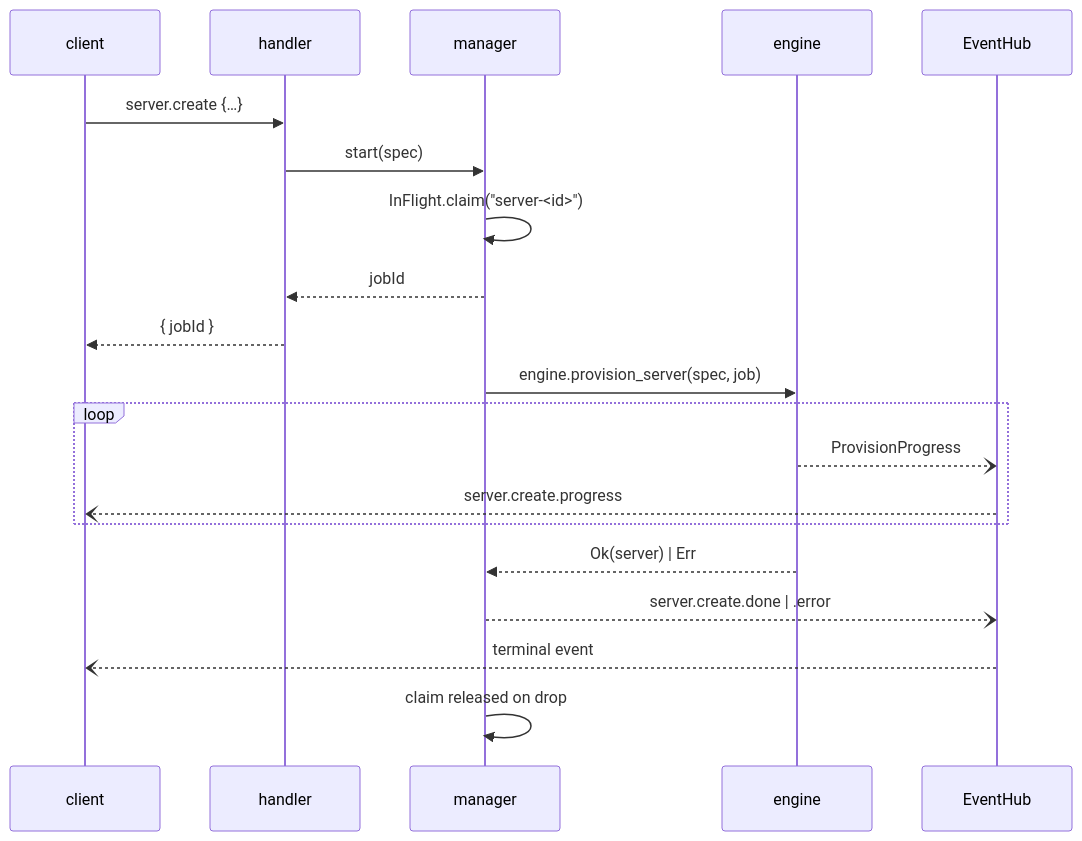
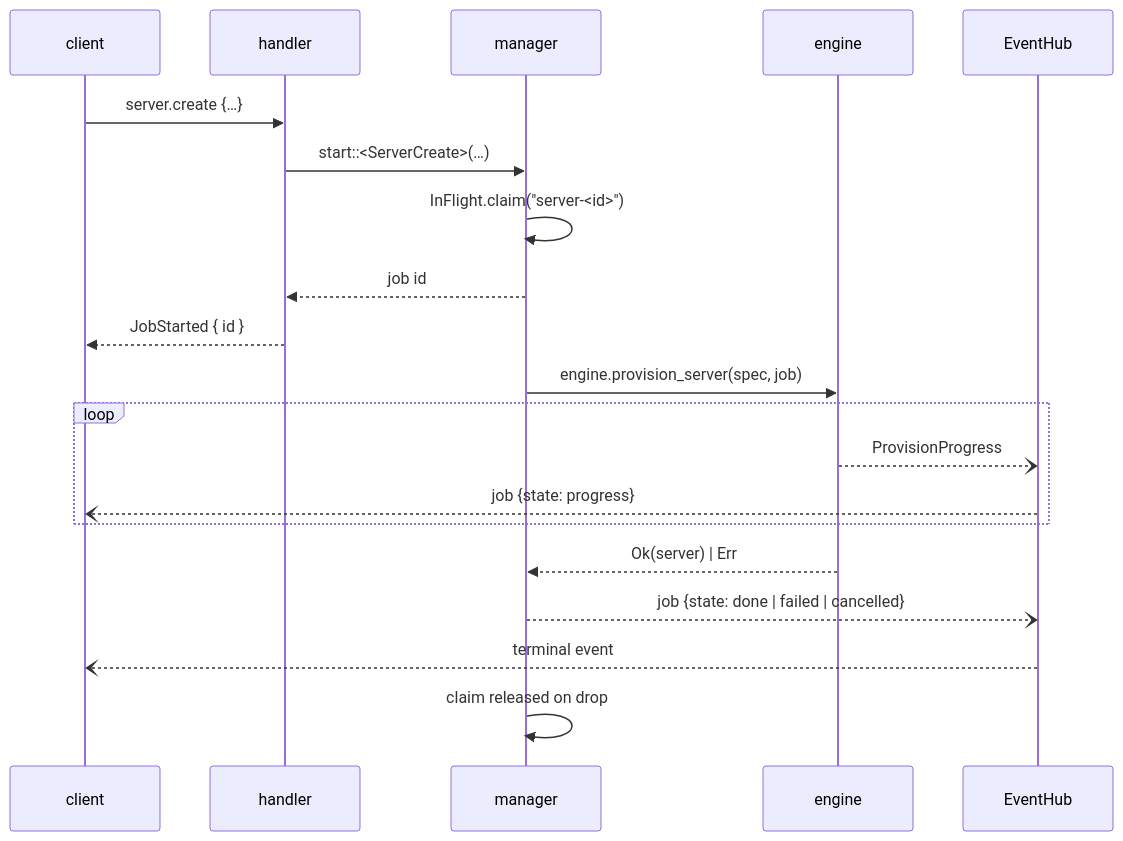
Before and after one commit to prytaneum/hestia: the second of 2 diagrams in docs/architecture/daemon.md, drawn with Mermaid. The commit also changed other lines of this file and 152 other files, not shown here.

````diff
--- a/docs/architecture/daemon.md
+++ b/docs/architecture/daemon.md
@@ -103,23 +107,23 @@
 ```mermaid
 sequenceDiagram
     participant C as client
     participant H as handler
     participant M as manager
     participant E as engine
     participant Hub as EventHub
 
     C->>H: server.create {…}
-    H->>M: start(spec)
+    H->>M: start::<ServerCreate>(…)
     M->>M: InFlight.claim("server-<id>")
-    M-->>H: jobId
-    H-->>C: { jobId }
+    M-->>H: job id
+    H-->>C: JobStarted { id }
     M->>E: engine.provision_server(spec, job)
     loop
         E--)Hub: ProvisionProgress
-        Hub--)C: server.create.progress
+        Hub--)C: job {state: progress}
     end
     E-->>M: Ok(server) | Err
-    M--)Hub: server.create.done | .error
+    M--)Hub: job {state: done | failed | cancelled}
     Hub--)C: terminal event
     M->>M: claim released on drop
 ```
````
